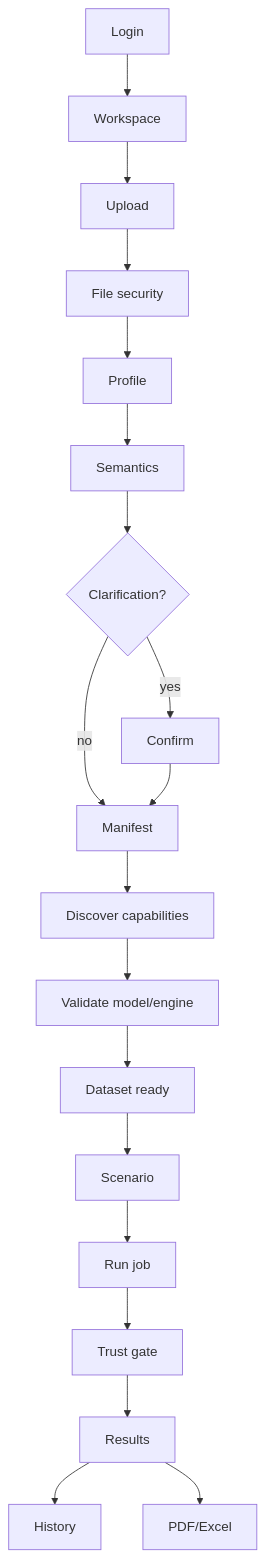
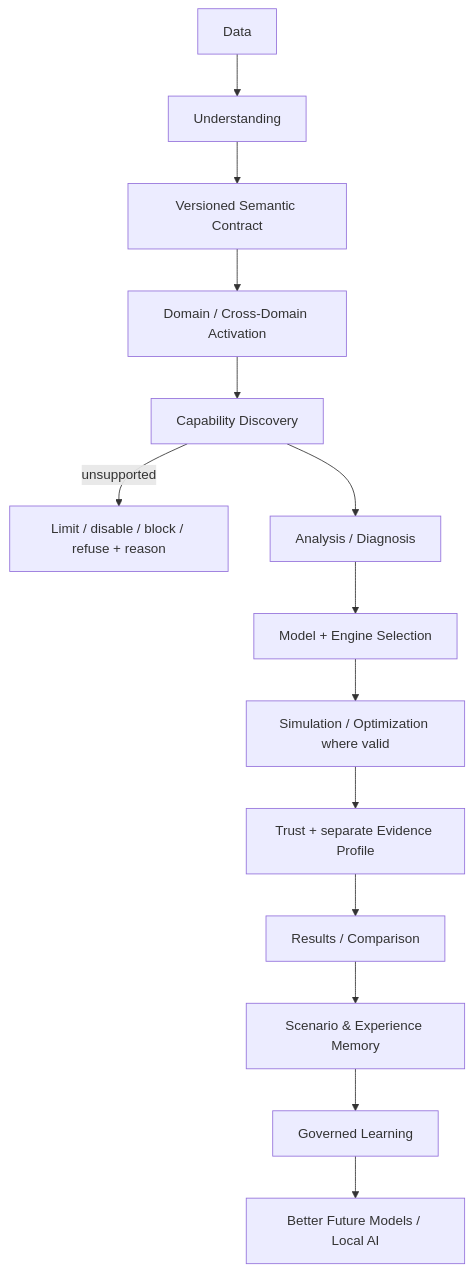
Before and after one commit to Kedar-Joshi07/IPSP: the diagram in flows/20_END_TO_END_LIFECYCLE.md, drawn with Mermaid. The commit also changed other lines of this file and 43 other files, not shown here.

````diff
--- a/flows/20_END_TO_END_LIFECYCLE.md
+++ b/flows/20_END_TO_END_LIFECYCLE.md
@@ -2,21 +2,16 @@
 ```mermaid
 flowchart TD
-  L[Login] --> W[Workspace]
-  W --> U[Upload]
-  U --> SEC[File security]
-  SEC --> PROF[Profile]
-  PROF --> SEM[Semantics]
-  SEM --> Q{Clarification?}
-  Q -- yes --> CONF[Confirm]
-  Q -- no --> MAN[Manifest]
-  CONF --> MAN
-  MAN --> CAP[Discover capabilities]
-  CAP --> MOD[Validate model/engine]
-  MOD --> READY[Dataset ready]
-  READY --> SCEN[Scenario]
-  SCEN --> RUN[Run job]
-  RUN --> TRUST[Trust gate]
-  TRUST --> RES[Results]
-  RES --> HIST[History]
-  RES --> EXP[PDF/Excel]
+  DATA[Data] --> UNDER[Understanding]
+  UNDER --> SEM[Versioned Semantic Contract]
+  SEM --> DOM[Domain / Cross-Domain Activation]
+  DOM --> CAP[Capability Discovery]
+  CAP -->|unsupported| REFUSE[Limit / disable / block / refuse + reason]
+  CAP --> ANA[Analysis / Diagnosis]
+  ANA --> SEL[Model + Engine Selection]
+  SEL --> SIM[Simulation / Optimization where valid]
+  SIM --> TE[Trust + separate Evidence Profile]
+  TE --> RES[Results / Comparison]
+  RES --> MEM[Scenario & Experience Memory]
+  MEM --> LEARN[Governed Learning]
+  LEARN --> FUTURE[Better Future Models / Local AI]
 ```
````
